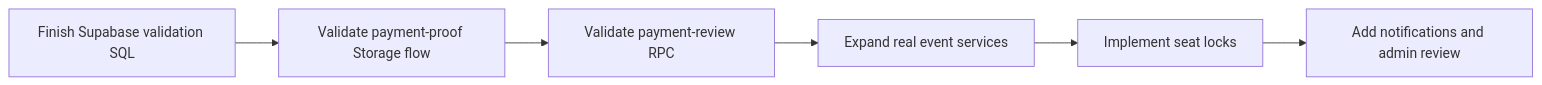
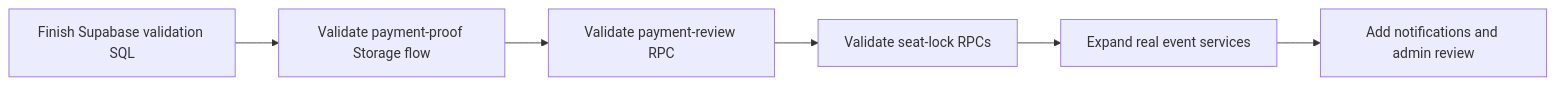
One commit to moirakk/GatherUp changed the fourth of 4 diagrams in docs/project-architecture-brief-v0.1.md. Above: the diagram before and after it, drawn with Mermaid. The commit also changed other lines of this file and 6 other files, not shown here.

Commit message:
Add seat lock RPC contracts

````diff
--- a/docs/project-architecture-brief-v0.1.md
+++ b/docs/project-architecture-brief-v0.1.md
@@ -226,8 +230,8 @@
 ```mermaid
 flowchart LR
   A["Finish Supabase validation SQL"] --> B["Validate payment-proof Storage flow"]
   B --> C["Validate payment-review RPC"]
-  C --> D["Expand real event services"]
-  D --> E["Implement seat locks"]
+  C --> D["Validate seat-lock RPCs"]
+  D --> E["Expand real event services"]
   E --> F["Add notifications and admin review"]
 ```
````
